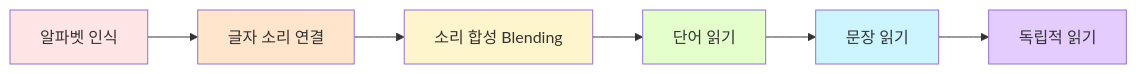
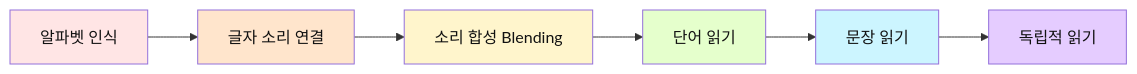
Before and after one commit to Collegenie-X/froebel: diagram 18 of 45 in 영어/(영어_중요성)_유아_영어교육_파닉스_동요_방법론.md, drawn with Mermaid. The commit also changed other lines of this file and 13 other files, not shown here.

````diff
--- a/영어/(영어_중요성)_유아_영어교육_파닉스_동요_방법론.md
+++ b/영어/(영어_중요성)_유아_영어교육_파닉스_동요_방법론.md
@@ -599,15 +599,15 @@
 ```mermaid
 graph LR
     A[알파벳 인식] --> B[글자 소리 연결]
     B --> C[소리 합성 Blending]
     C --> D[단어 읽기]
     D --> E[문장 읽기]
     E --> F[독립적 읽기]
     
-    style A fill:#FFE5E5
-    style B fill:#FFE5CC
-    style C fill:#FFF5CC
-    style D fill:#E5FFCC
-    style E fill:#CCF5FF
-    style F fill:#E5CCFF
+    style A fill:#FFE5E5,color:#111
+    style B fill:#FFE5CC,color:#111
+    style C fill:#FFF5CC,color:#111
+    style D fill:#E5FFCC,color:#111
+    style E fill:#CCF5FF,color:#111
+    style F fill:#E5CCFF,color:#111
 ```
````
